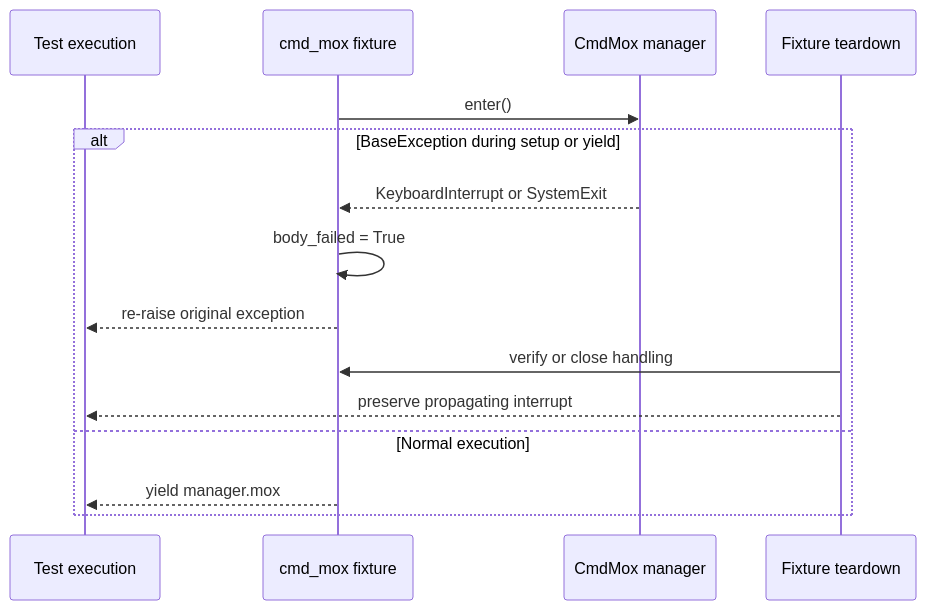
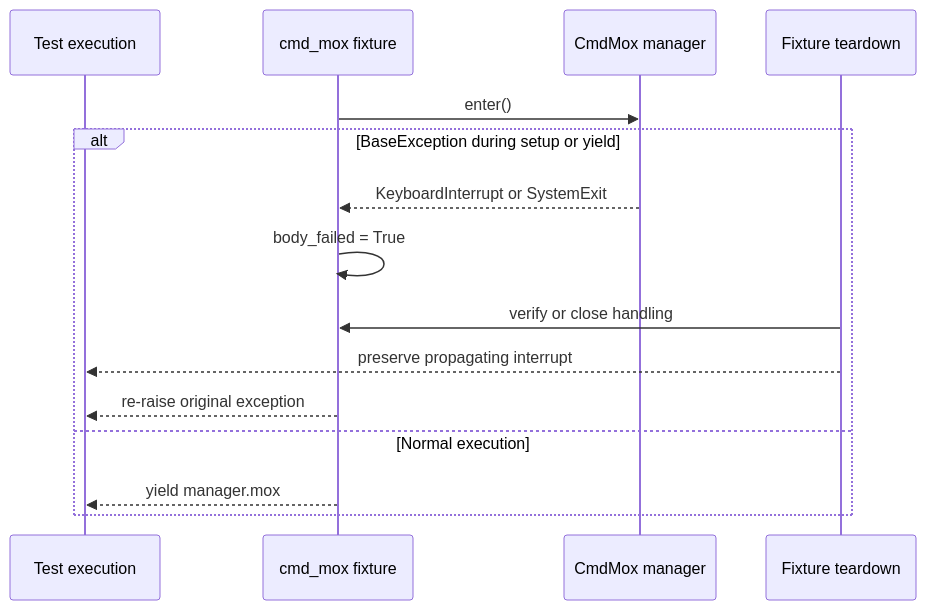
Before and after one commit to leynos/cmd-mox: the third of 30 diagrams in docs/python-native-command-mocking-design.md, drawn with Mermaid. The commit also changed other lines of this file, not shown here.

````diff
--- a/docs/python-native-command-mocking-design.md
+++ b/docs/python-native-command-mocking-design.md
@@ -447,18 +447,18 @@
 ```mermaid
 sequenceDiagram
     participant Test as Test execution
     participant Fixture as cmd_mox fixture
     participant Manager as CmdMox manager
     participant Teardown as Fixture teardown
 
     Fixture->>Manager: enter()
     alt BaseException during setup or yield
         Manager-->>Fixture: KeyboardInterrupt or SystemExit
         Fixture->>Fixture: body_failed = True
-        Fixture-->>Test: re-raise original exception
         Teardown->>Fixture: verify or close handling
         Teardown-->>Test: preserve propagating interrupt
+        Fixture-->>Test: re-raise original exception
     else Normal execution
         Fixture-->>Test: yield manager.mox
     end
 ```
````
